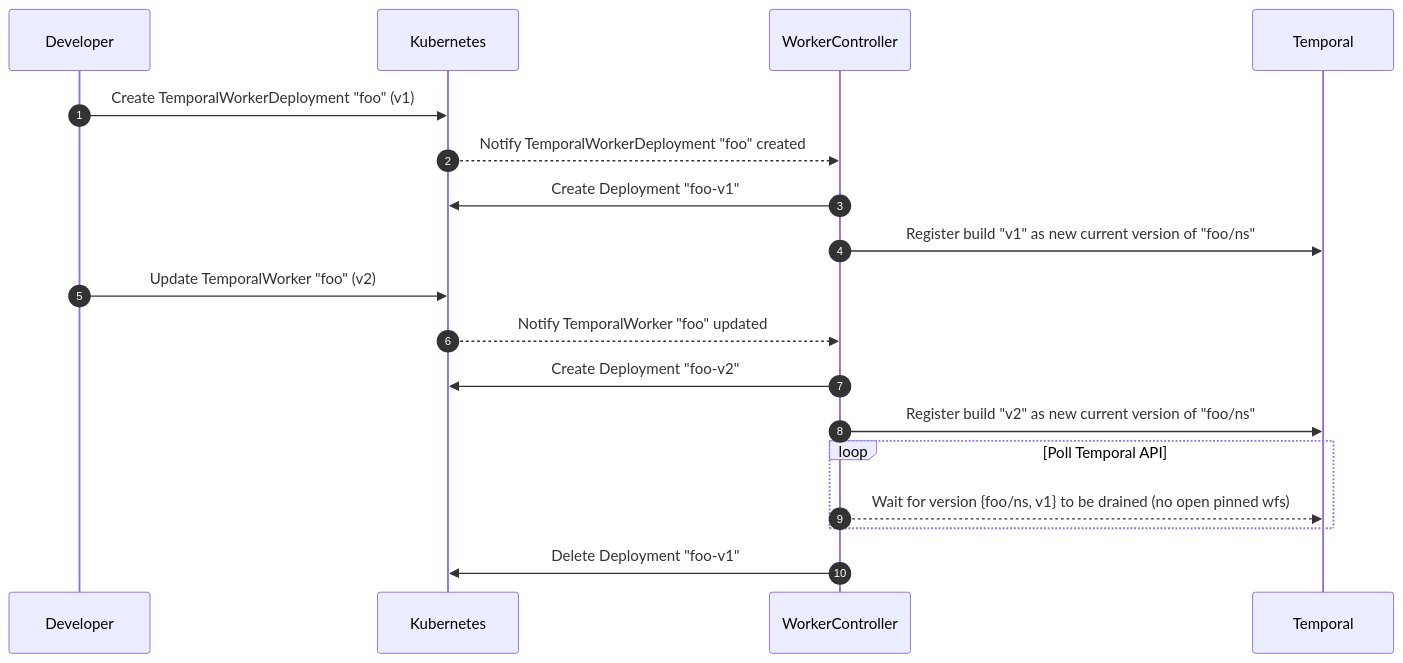
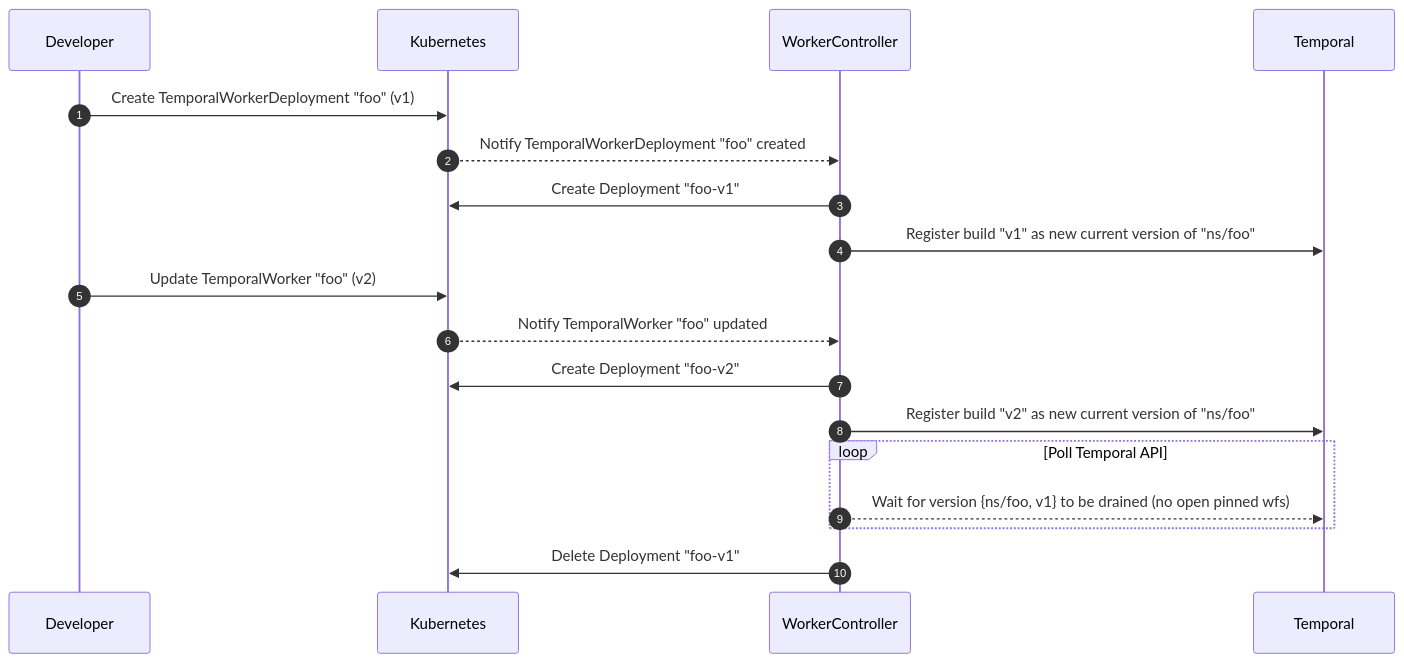
One commit to shashwatsuri/temporal-worker-controller changed the second of 2 diagrams in docs/architecture.md. Above: the diagram before and after it, drawn with Mermaid. The commit also changed other lines of this file and 3 other files, not shown here.

````diff
--- a/docs/architecture.md
+++ b/docs/architecture.md
@@ -98,23 +98,23 @@
 ```mermaid
 sequenceDiagram
     autonumber
     participant Dev as Developer
     participant K8s as Kubernetes
     participant Ctl as WorkerController
     participant T as Temporal
 
     Dev->>K8s: Create TemporalWorkerDeployment "foo" (v1)
     K8s-->>Ctl: Notify TemporalWorkerDeployment "foo" created
     Ctl->>K8s: Create Deployment "foo-v1"
-    Ctl->>T: Register build "v1" as new current version of "foo/ns"
+    Ctl->>T: Register build "v1" as new current version of "ns/foo"
     Dev->>K8s: Update TemporalWorker "foo" (v2)
     K8s-->>Ctl: Notify TemporalWorker "foo" updated
     Ctl->>K8s: Create Deployment "foo-v2"
-    Ctl->>T: Register build "v2" as new current version of "foo/ns"
+    Ctl->>T: Register build "v2" as new current version of "ns/foo"
     
     loop Poll Temporal API
-        Ctl-->>T: Wait for version {foo/ns, v1} to be drained (no open pinned wfs)
+        Ctl-->>T: Wait for version {ns/foo, v1} to be drained (no open pinned wfs)
     end
     
     Ctl->>K8s: Delete Deployment "foo-v1"
 ```
````
